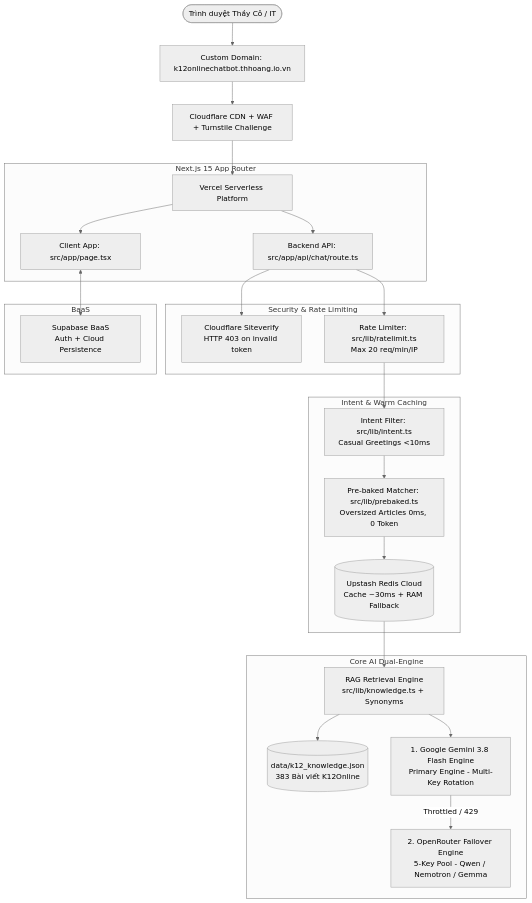
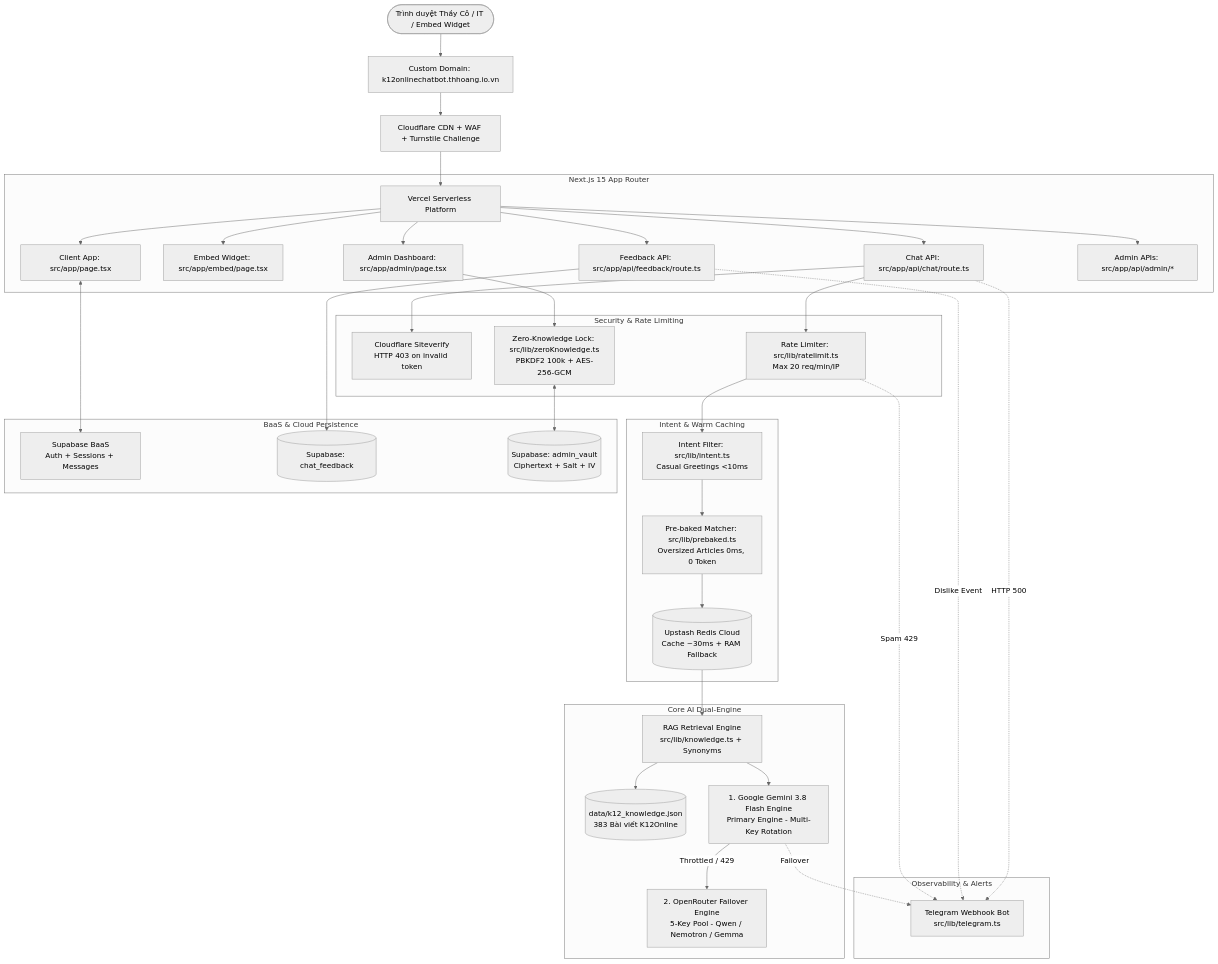
Before and after one commit to thieuhoang2002/K12Online_Chatbot: the diagram in TECHSTACK.md, drawn with Mermaid (neutral theme). The commit also changed other lines of this file and 6 other files, not shown here.

````diff
--- a/TECHSTACK.md
+++ b/TECHSTACK.md
@@ -5,34 +5,48 @@
 ```mermaid
 flowchart TD
-    Client([Trình duyệt Thầy Cô / IT]) --> Domain[Custom Domain: k12onlinechatbot.thhoang.io.vn]
+    Client([Trình duyệt Thầy Cô / IT / Embed Widget]) --> Domain[Custom Domain: k12onlinechatbot.thhoang.io.vn]
     Domain --> CF[Cloudflare CDN + WAF + Turnstile Challenge]
     CF --> Vercel[Vercel Serverless Platform]
     
     subgraph Next.js 15 App Router
         Vercel --> Page[Client App: src/app/page.tsx]
-        Vercel --> APIRoute[Backend API: src/app/api/chat/route.ts]
+        Vercel --> EmbedPage[Embed Widget: src/app/embed/page.tsx]
+        Vercel --> AdminPage[Admin Dashboard: src/app/admin/page.tsx]
+        Vercel --> APIChat[Chat API: src/app/api/chat/route.ts]
+        Vercel --> APIFeedback[Feedback API: src/app/api/feedback/route.ts]
+        Vercel --> APIAdmin[Admin APIs: src/app/api/admin/*]
     end
 
     subgraph Security & Rate Limiting
-        APIRoute --> TurnstileVerify[Cloudflare Siteverify\nHTTP 403 on invalid token]
-        APIRoute --> RateLimiter[Rate Limiter: src/lib/ratelimit.ts\nMax 20 req/min/IP]
+        APIChat --> TurnstileVerify[Cloudflare Siteverify\nHTTP 403 on invalid token]
+        APIChat --> RateLimiter[Rate Limiter: src/lib/ratelimit.ts\nMax 20 req/min/IP]
+        AdminPage --> ZKLock[Zero-Knowledge Lock: src/lib/zeroKnowledge.ts\nPBKDF2 100k + AES-256-GCM]
     end
 
     subgraph Intent & Warm Caching
         RateLimiter --> IntentFilter[Intent Filter: src/lib/intent.ts\nCasual Greetings <10ms]
         IntentFilter --> PrebakedMatcher[Pre-baked Matcher: src/lib/prebaked.ts\nOversized Articles 0ms, 0 Token]
         PrebakedMatcher --> RedisCache[(Upstash Redis Cloud\nCache ~30ms + RAM Fallback)]
     end
 
     subgraph Core AI Dual-Engine
         RedisCache --> RAG[RAG Retrieval Engine\nsrc/lib/knowledge.ts + Synonyms]
         RAG --> ArticlesDB[(data/k12_knowledge.json\n383 Bài viết K12Online)]
         
         RAG --> GeminiEngine[1. Google Gemini 3.8 Flash Engine\nPrimary Engine - Multi-Key Rotation]
         GeminiEngine -->|Throttled / 429| OpenRouterEngine[2. OpenRouter Failover Engine\n5-Key Pool - Qwen / Nemotron / Gemma]
     end
 
-    subgraph BaaS
-        Page <--> Supabase[Supabase BaaS\nAuth + Cloud Persistence]
+    subgraph Observability & Alerts
+        RateLimiter -.->|Spam 429| TelegramBot[Telegram Webhook Bot\nsrc/lib/telegram.ts]
+        GeminiEngine -.->|Failover| TelegramBot
+        APIFeedback -.->|Dislike Event| TelegramBot
+        APIChat -.->|HTTP 500| TelegramBot
+    end
+
+    subgraph BaaS & Cloud Persistence
+        Page <--> Supabase[Supabase BaaS\nAuth + Sessions + Messages]
+        APIFeedback --> DBFeedback[(Supabase: chat_feedback)]
+        ZKLock <--> DBVault[(Supabase: admin_vault\nCiphertext + Salt + IV)]
     end
 ```
````
